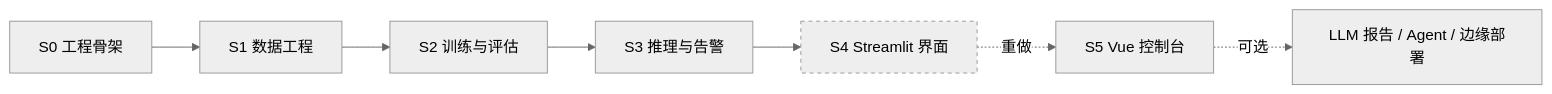
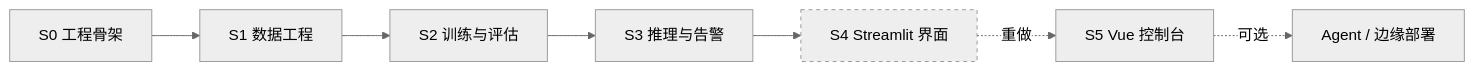
Before and after one commit to Cheng-LiXin/FireSight: the diagram in docs/ROADMAP.md, drawn with Mermaid (neutral theme). The commit also changed other lines of this file and 3 other files, not shown here.

````diff
--- a/docs/ROADMAP.md
+++ b/docs/ROADMAP.md
@@ -19,10 +19,10 @@
 ```mermaid
 flowchart LR
   S0[S0 工程骨架] --> S1[S1 数据工程]
   S1 --> S2[S2 训练与评估]
   S2 --> S3[S3 推理与告警]
   S3 --> S4[S4 Streamlit 界面]
   S4 -.重做.-> S5[S5 Vue 控制台]
-  S5 -.可选.-> X[LLM 报告 / Agent / 边缘部署]
+  S5 -.可选.-> X[Agent / 边缘部署]
   style S4 stroke-dasharray: 4 4
 ```
````
